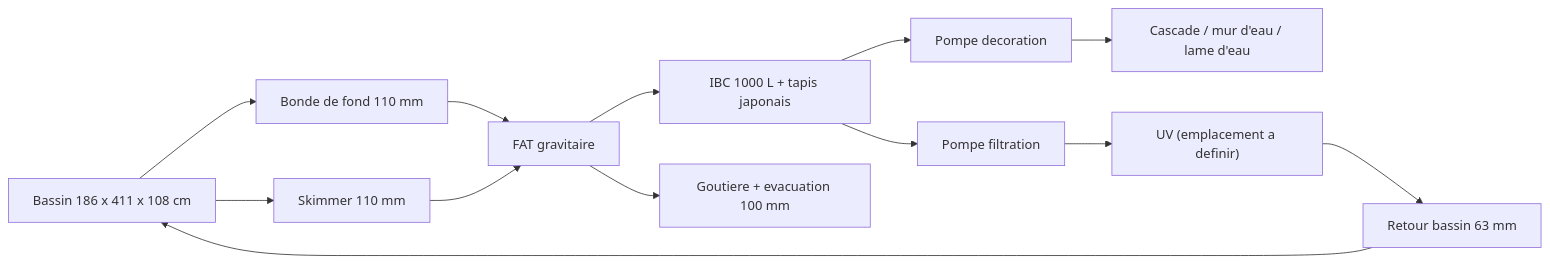
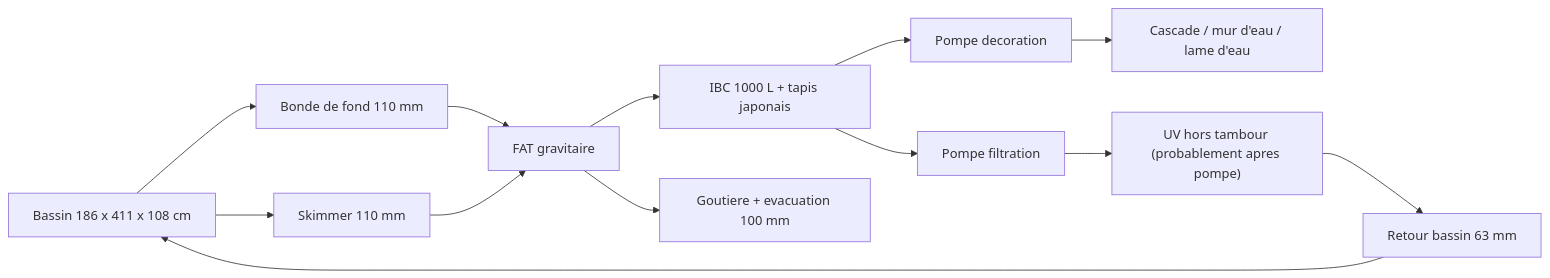
One commit to elbuey76/DrumFilterController changed the first of 2 diagrams in docs/architecture/02-architecture-materielle.md. Above: the diagram before and after it, drawn with Mermaid. The commit also changed other lines of this file and 15 other files, not shown here.

````diff
--- a/docs/architecture/02-architecture-materielle.md
+++ b/docs/architecture/02-architecture-materielle.md
@@ -38,20 +40,20 @@
 ```mermaid
 flowchart LR
     Bassin["Bassin 186 x 411 x 108 cm"]
     BF["Bonde de fond 110 mm"]
     SK["Skimmer 110 mm"]
     FAT["FAT gravitaire"]
     IBC["IBC 1000 L + tapis japonais"]
     PF["Pompe filtration"]
     Retour["Retour bassin 63 mm"]
     PD["Pompe decoration"]
     Deco["Cascade / mur d'eau / lame d'eau"]
-    UV["UV (emplacement a definir)"]
+    UV["UV hors tambour (probablement apres pompe)"]
     Waste["Goutiere + evacuation 100 mm"]
 
     Bassin --> BF --> FAT
     Bassin --> SK --> FAT
     FAT --> IBC --> PF --> UV --> Retour --> Bassin
     IBC --> PD --> Deco
     FAT --> Waste
 ```
````
